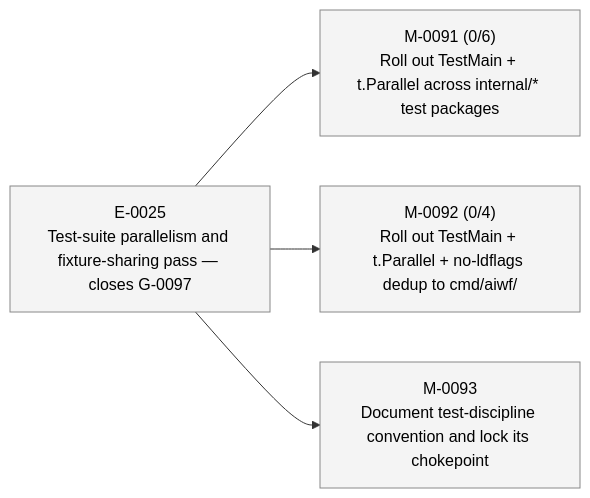
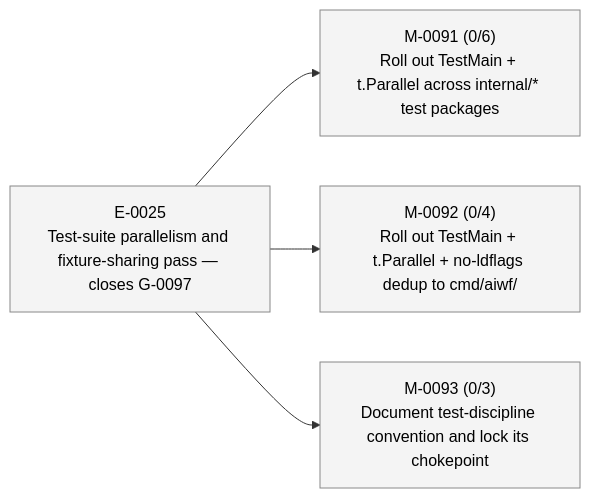
The second of 2 diagrams in STATUS.md (23min/aiwf), drawn with Mermaid before and after one commit. The commit also changed other lines of this file and 1 other file, not shown here.

````diff
--- a/STATUS.md
+++ b/STATUS.md
@@ -47,16 +47,16 @@
 ```mermaid
 flowchart LR
   E_0025["E-0025<br/>Test-suite parallelism and fixture-sharing pass — closes G-0097"]:::epic_proposed
   M_0091["M-0091 (0/6)<br/>Roll out TestMain + t.Parallel across internal/* test packages"]:::ms_draft
   E_0025 --> M_0091
   M_0092["M-0092 (0/4)<br/>Roll out TestMain + t.Parallel + no-ldflags dedup to cmd/aiwf/"]:::ms_draft
   E_0025 --> M_0092
-  M_0093["M-0093<br/>Document test-discipline convention and lock its chokepoint"]:::ms_draft
+  M_0093["M-0093 (0/3)<br/>Document test-discipline convention and lock its chokepoint"]:::ms_draft
   E_0025 --> M_0093
   classDef epic_active fill:#d6eaff,stroke:#1a73e8,color:#000
   classDef epic_proposed fill:#f4f4f4,stroke:#888,color:#000
   classDef ms_done fill:#d8f5d8,stroke:#2a8a2a,color:#000
   classDef ms_in_progress fill:#fff3c4,stroke:#caa400,color:#000
   classDef ms_draft fill:#f4f4f4,stroke:#888,color:#000
   classDef ms_cancelled fill:#fbeaea,stroke:#c33,color:#000
 ```
````
